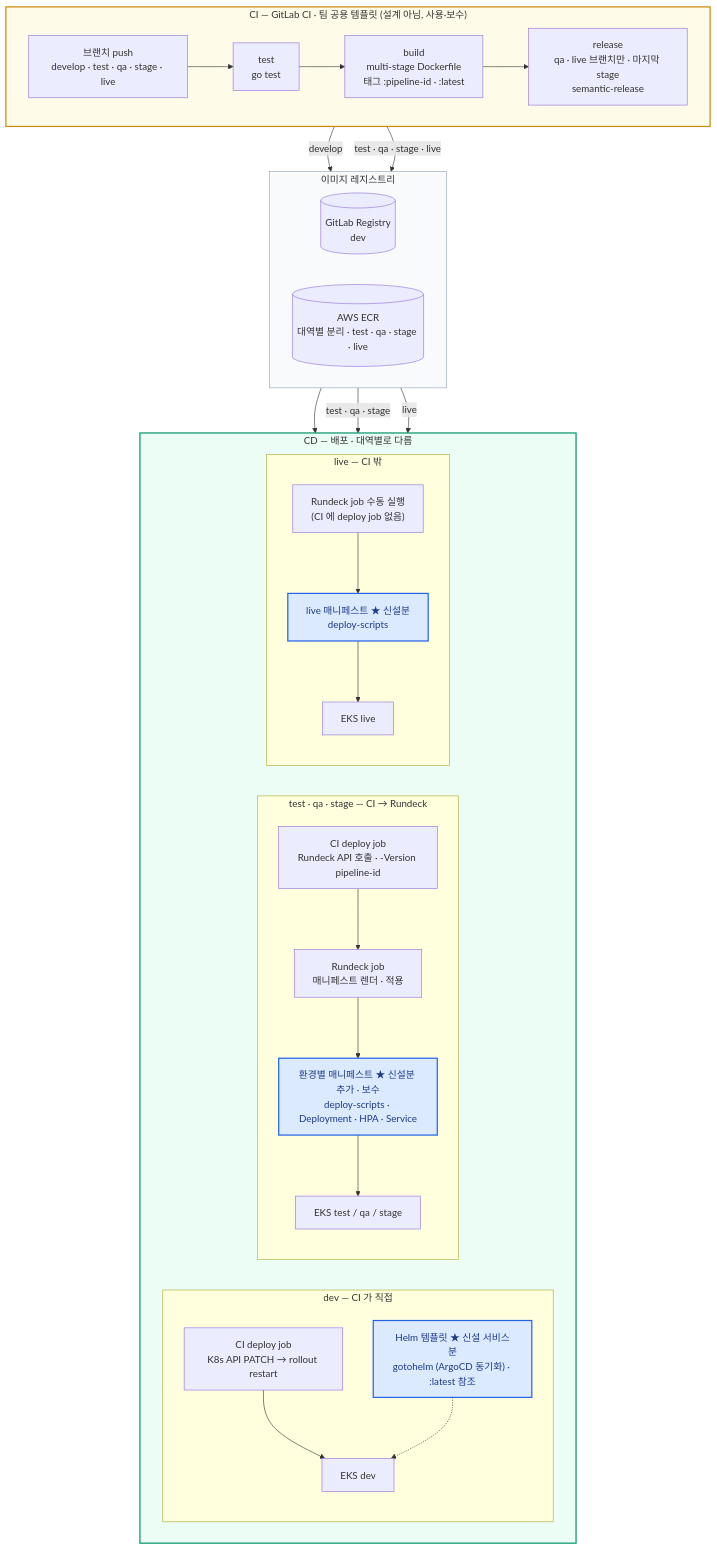
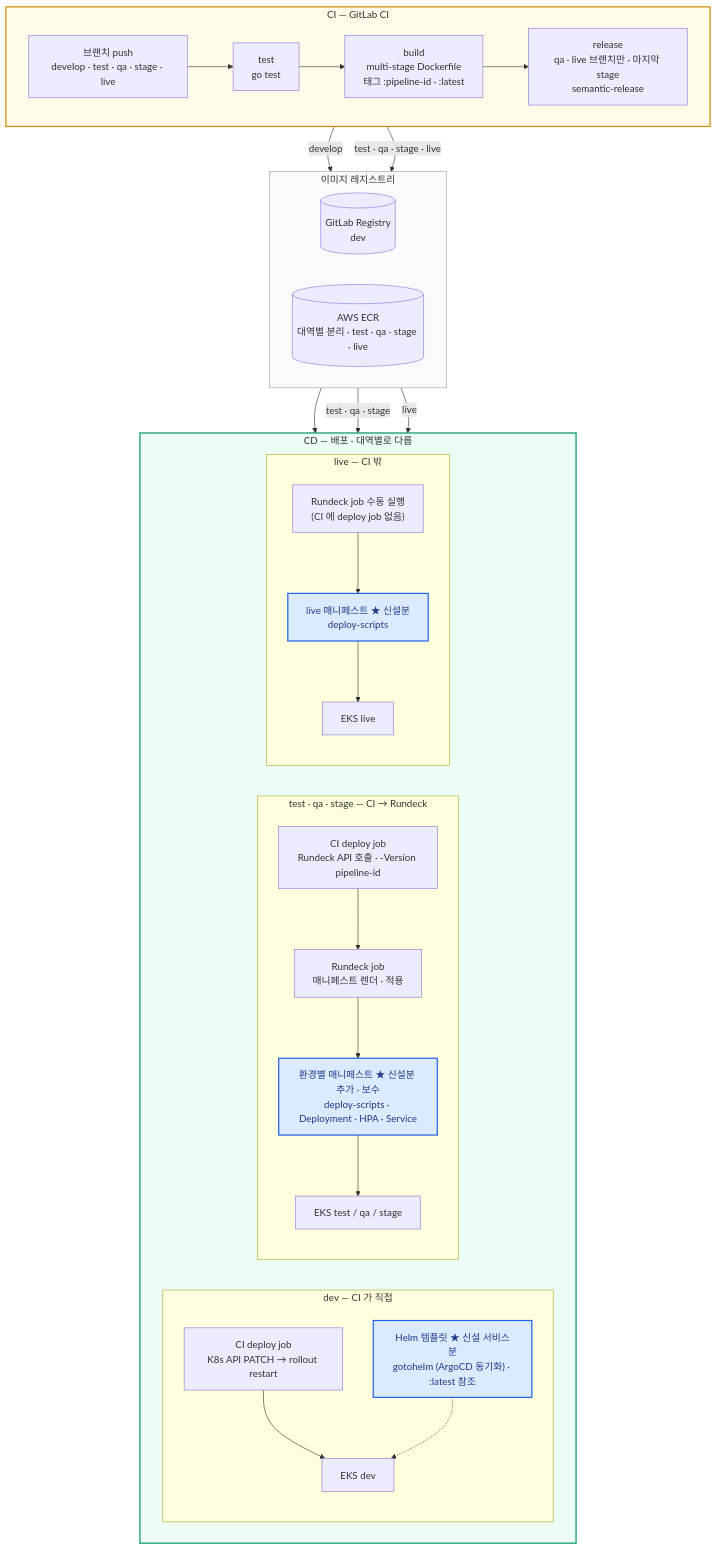
Before and after one commit to shalwxy/career: the diagram in content/diagrams/cicd.mmd, drawn with Mermaid. The commit also changed 9 other files, not shown here.

```diff
--- a/content/diagrams/cicd.mmd
+++ b/content/diagrams/cicd.mmd
@@ -1,52 +1,52 @@
-%% title: CI/CD — 대역별 흐름 (★ = 기존 패턴을 복제해 직접 추가·보수한 설정)
-%% title_en: CI/CD — per-environment flow (★ = config I added or maintained by copying existing patterns)
+%% title: CI/CD — 대역별 흐름 (★ = 직접 추가·보수한 설정)
+%% title_en: CI/CD — per-environment flow (★ = config I added or maintained)
 flowchart TB
-    subgraph CI["CI — GitLab CI · 팀 공용 템플릿 (설계 아님, 사용·보수)"]
+    subgraph CI["CI — GitLab CI"]
         direction LR
         BR["브랜치 push<br/>develop · test · qa · stage · live"]
         T["test<br/>go test"]
         B["build<br/>multi-stage Dockerfile<br/>태그 :pipeline-id · :latest"]
         REL["release<br/>qa · live 브랜치만 · 마지막 stage<br/>semantic-release"]
         BR --> T --> B --> REL
     end
     subgraph REG["이미지 레지스트리"]
         direction LR
         R1[("GitLab Registry<br/>dev")]
         R2[("AWS ECR<br/>대역별 분리 · test · qa · stage · live")]
     end
     subgraph CD["CD — 배포 · 대역별로 다름"]
         direction LR
         subgraph DEVL["dev — CI 가 직접"]
             direction TB
             D1["CI deploy job<br/>K8s API PATCH → rollout restart"]
             H["Helm 템플릿 ★ 신설 서비스분<br/>gotohelm (ArgoCD 동기화) · :latest 참조"]
             K1["EKS dev"]
             D1 --> K1
             H -.-> K1
         end
         subgraph TQS["test · qa · stage — CI → Rundeck"]
             direction TB
             D2["CI deploy job<br/>Rundeck API 호출 · -Version pipeline-id"]
             RD["Rundeck job<br/>매니페스트 렌더 · 적용"]
             M["환경별 매니페스트 ★ 신설분 추가 · 보수<br/>deploy-scripts · Deployment · HPA · Service"]
             K2["EKS test / qa / stage"]
             D2 --> RD --> M --> K2
         end
         subgraph LIVE["live — CI 밖"]
             direction TB
             RL["Rundeck job 수동 실행<br/>(CI 에 deploy job 없음)"]
             ML["live 매니페스트 ★ 신설분<br/>deploy-scripts"]
             K3["EKS live"]
             RL --> ML --> K3
         end
     end
     B -- develop --> R1
     B -- "test · qa · stage · live" --> R2
     R1 --> D1
     R2 -- "test · qa · stage" --> D2
     R2 -- live --> RL
     classDef mine fill:#dbeafe,stroke:#2563eb,stroke-width:2px,color:#1e3a8a
     class H,M,ML mine
     style CI fill:#fefce8,stroke:#ca8a04,stroke-width:2px
     style CD fill:#ecfdf5,stroke:#059669,stroke-width:2px
     style REG fill:#f8fafc,stroke:#94a3b8
```
